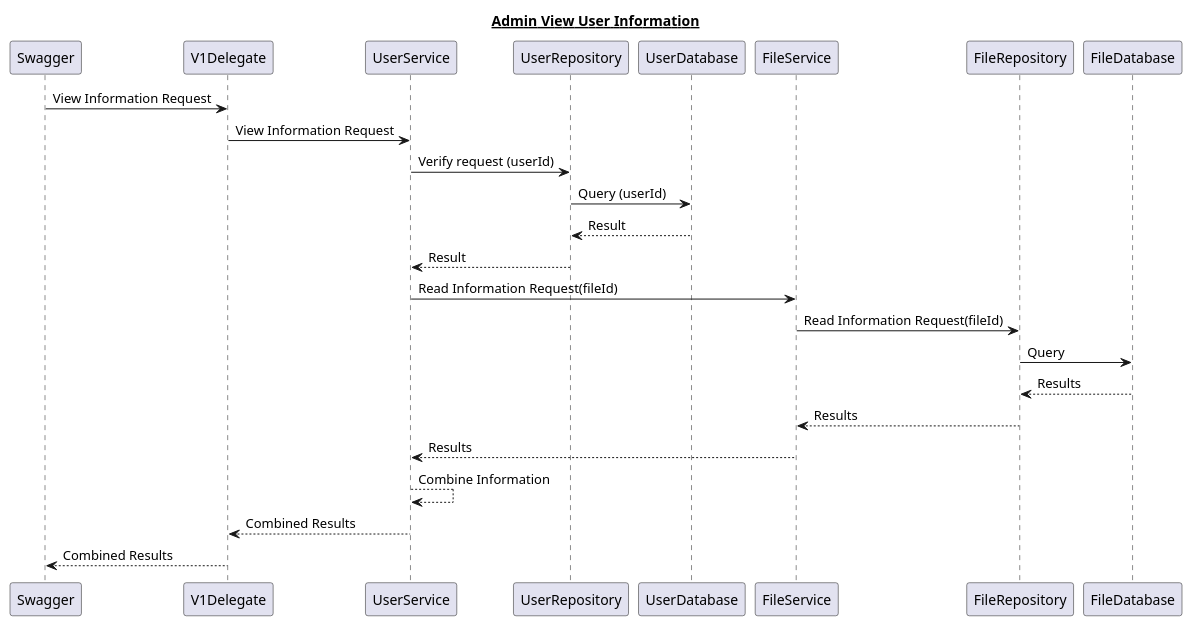
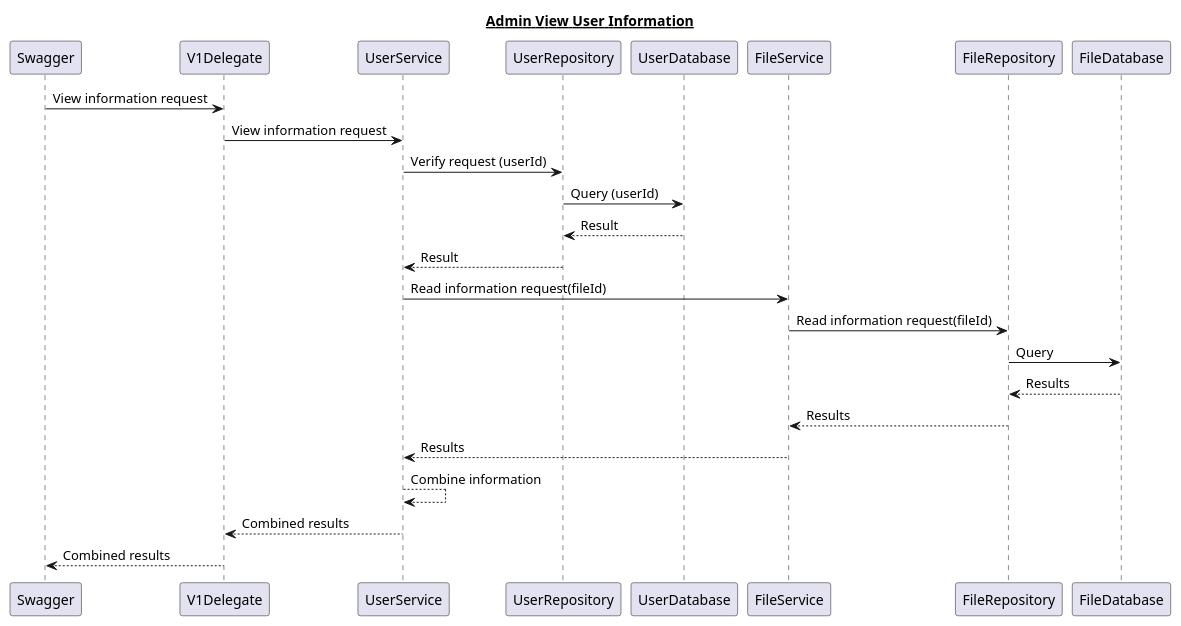
The diagram in src/main/resources/admin-view-user-information.puml (nhoxsang2411994/MFS-continual), drawn with PlantUML before and after one commit. The commit also changed 7 other files, not shown here.

```diff
--- a/src/main/resources/admin-view-user-information.puml
+++ b/src/main/resources/admin-view-user-information.puml
@@ -1,22 +1,22 @@
 @startuml
 title
  <u>Admin View User Information</u>
 end title
 
-Swagger -> V1Delegate: View Information Request
-V1Delegate -> UserService: View Information Request
+Swagger -> V1Delegate: View information request
+V1Delegate -> UserService: View information request
 UserService -> UserRepository: Verify request (userId)
 UserRepository -> UserDatabase: Query (userId)
 UserDatabase --> UserRepository: Result
 UserRepository --> UserService: Result
 
-UserService -> FileService: Read Information Request(fileId)
-FileService -> FileRepository: Read Information Request(fileId)
+UserService -> FileService: Read information request(fileId)
+FileService -> FileRepository: Read information request(fileId)
 FileRepository -> FileDatabase: Query
 FileDatabase --> FileRepository: Results
 FileRepository --> FileService: Results
 FileService --> UserService: Results
-UserService --> UserService: Combine Information
-UserService --> V1Delegate: Combined Results
-V1Delegate --> Swagger: Combined Results
+UserService --> UserService: Combine information
+UserService --> V1Delegate: Combined results
+V1Delegate --> Swagger: Combined results
 @enduml
```
